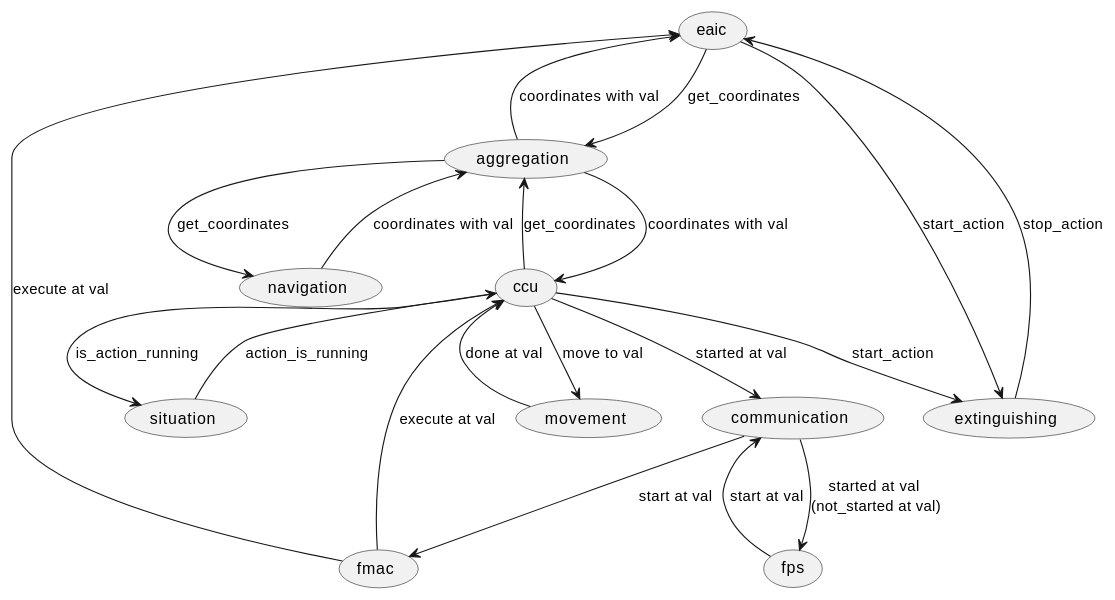
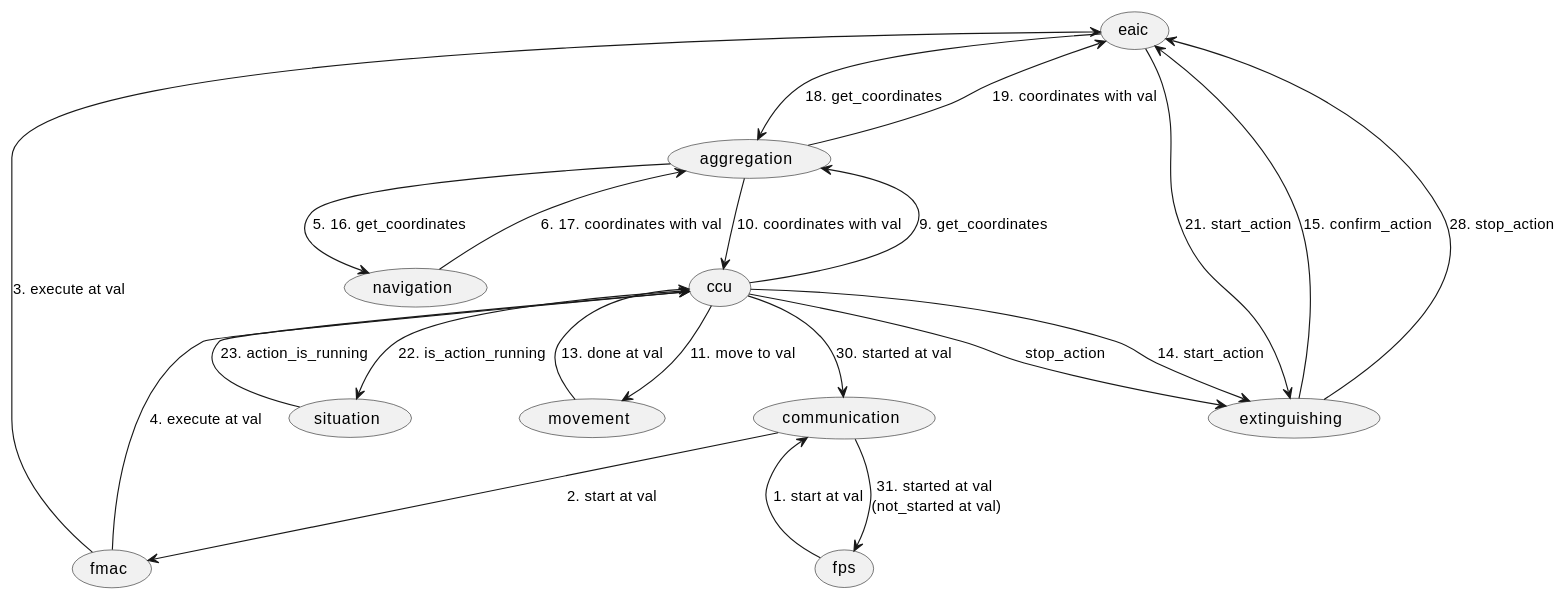
One commit to YuraBeznos/FireFighter-drone changed the diagram in dev.md. Above: the diagram before and after it, drawn with PlantUML.

Commit message:
docs: updated scheme

````diff
--- a/dev.md
+++ b/dev.md
@@ -36,23 +36,25 @@
 ```plantuml:md-interconnection
 @startuml
-(fps) --> (communication) : start at val
-communication --> (fmac) : start at val
-communication --> (fps) : started at val \n(not_started at val)
-fmac --> (eaic) : execute at val
-fmac --> (ccu) : execute at val
-eaic -> (aggregation) : get_coordinates
-eaic --> (extinguishing) : start_action
-ccu -> (aggregation) : get_coordinates
-ccu --> (movement) : move to val
-ccu --> (extinguishing) : start_action
-ccu --> (situation) : is_action_running
-ccu --> (communication) : started at val
-aggregation --> (navigation) : get_coordinates
-aggregation --> (ccu) : coordinates with val
-aggregation --> (eaic) : coordinates with val
-navigation --> (aggregation) : coordinates with val
-movement --> (ccu) : done at val
-situation --> (ccu) : action_is_running
-extinguishing --> (eaic) : stop_action
+(fps) --> (communication) : 1. start at val
+communication --> (fmac) : 2. start at val
+communication --> (fps) : 31. started at val \n(not_started at val)
+fmac --> (eaic) : 3. execute at val
+fmac --> (ccu) : 4. execute at val
+eaic -> (aggregation) : 18. get_coordinates
+eaic --> (extinguishing) : 21. start_action
+ccu -> (aggregation) : 9. get_coordinates
+ccu --> (movement) : 11. move to val
+ccu --> (extinguishing) : 14. start_action
+ccu --> (extinguishing) : stop_action
+ccu --> (situation) : 22. is_action_running
+ccu --> (communication) : 30. started at val
+aggregation --> (navigation) : 5. 16. get_coordinates
+aggregation --> (ccu) : 10. coordinates with val
+aggregation --> (eaic) : 19. coordinates with val
+navigation --> (aggregation) : 6. 17. coordinates with val
+movement --> (ccu) : 13. done at val
+situation --> (ccu) : 23. action_is_running
+extinguishing --> (eaic) : 15. confirm_action
+extinguishing --> (eaic) : 28. stop_action
 @enduml
 ```
````
